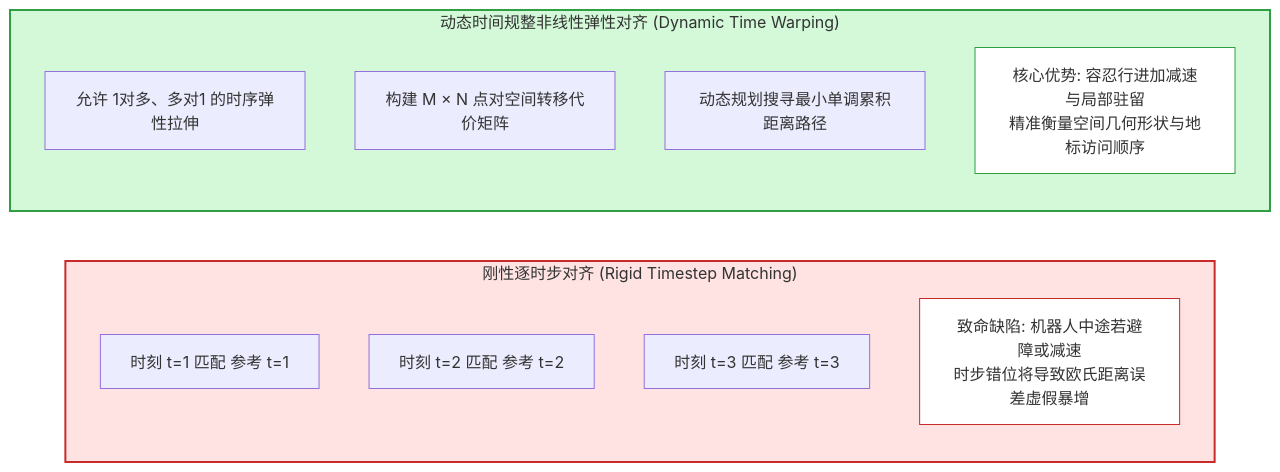
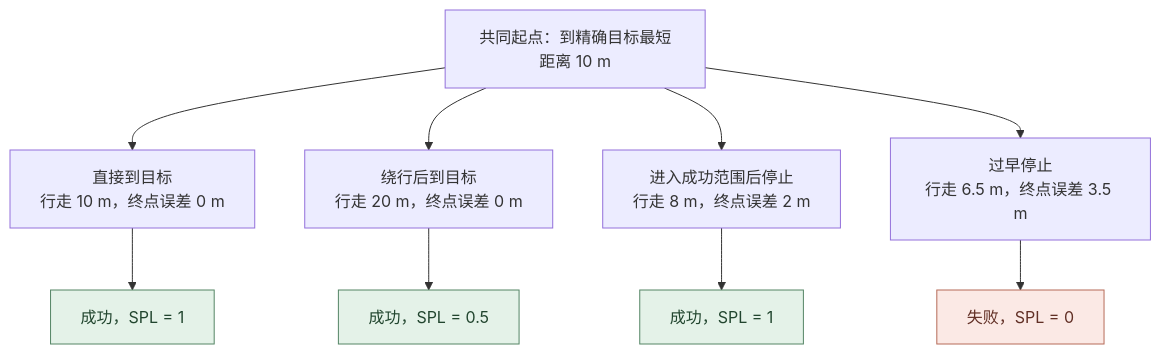
Before and after one commit to TingdeLiu/tingdeliu.github.io: diagram 11 of 13 in _posts/research/2026-01-04-VLN-Survey.md, drawn with Mermaid. The commit also changed other lines of this file and 1 other file, not shown here.

````diff
--- a/_posts/research/2026-01-04-VLN-Survey.md
+++ b/_posts/research/2026-01-04-VLN-Survey.md
@@ -3353,23 +1298,16 @@
 ```mermaid
-flowchart LR
-    subgraph Rigid["刚性逐时步对齐 (Rigid Timestep Matching)"]
-        direction TB
-        E1["时刻 t=1 匹配 参考 t=1"]
-        E2["时刻 t=2 匹配 参考 t=2"]
-        E3["时刻 t=3 匹配 参考 t=3"]
-        EFail["致命缺陷: 机器人中途若避障或减速<br>时步错位将导致欧氏距离误差虚假暴增"]
-    end
-
-    subgraph DTW["动态时间规整非线性弹性对齐 (Dynamic Time Warping)"]
-        direction TB
-        D1["允许 1对多、多对1 的时序弹性拉伸"]
-        D2["构建 M × N 点对空间转移代价矩阵"]
-        D3["动态规划搜寻最小单调累积距离路径"]
-        DSuccess["核心优势: 容忍行进加减速与局部驻留<br>精准衡量空间几何形状与地标访问顺序"]
-    end
-
-    style Rigid fill:#ffe3e3,stroke:#c92a2a,stroke-width:2px
-    style DTW fill:#d3f9d8,stroke:#2f9e44,stroke-width:2px
-    style EFail fill:#ffffff,stroke:#c92a2a
-    style DSuccess fill:#ffffff,stroke:#2f9e44
+flowchart TB
+    S["共同起点：到精确目标最短距离 10 m"]
+    S --> A["直接到目标<br/>行走 10 m，终点误差 0 m"]
+    S --> B["绕行后到目标<br/>行走 20 m，终点误差 0 m"]
+    S --> C["进入成功范围后停止<br/>行走 8 m，终点误差 2 m"]
+    S --> D["过早停止<br/>行走 6.5 m，终点误差 3.5 m"]
+    A --> AS["成功，SPL = 1"]
+    B --> BS["成功，SPL = 0.5"]
+    C --> CS["成功，SPL = 1"]
+    D --> DS["失败，SPL = 0"]
+    classDef pass fill:#e4f2e8,stroke:#548565,color:#21452e;
+    classDef fail fill:#fbe9e5,stroke:#b66b58,color:#612f25;
+    class AS,BS,CS pass;
+    class DS fail;
 ```
````
